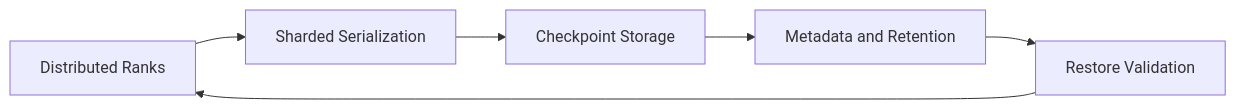
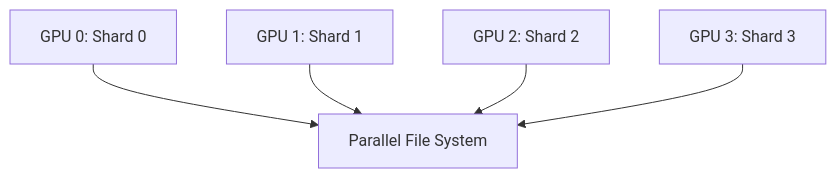
Before and after one commit to jithinpnjm/nvidia-devops: the first of 2 diagrams in docs/nvidia-zero-to-hero/volume-13/chapter-09-checkpointing-and-recovery.md, drawn with Mermaid. The commit also changed other lines of this file and 4 other files, not shown here.

````diff
--- a/docs/nvidia-zero-to-hero/volume-13/chapter-09-checkpointing-and-recovery.md
+++ b/docs/nvidia-zero-to-hero/volume-13/chapter-09-checkpointing-and-recovery.md
@@ -18,10 +33,7 @@
 ```mermaid
-flowchart LR
-    Ranks[Distributed Ranks]
-    Serialize[Sharded Serialization]
-    Storage[Checkpoint Storage]
-    Catalog[Metadata and Retention]
-    Restore[Restore Validation]
-
-    Ranks --> Serialize --> Storage --> Catalog --> Restore --> Ranks
+flowchart TD
+    GPU0[GPU 0: Shard 0] --> Storage[Parallel File System]
+    GPU1[GPU 1: Shard 1] --> Storage
+    GPU2[GPU 2: Shard 2] --> Storage
+    GPU3[GPU 3: Shard 3] --> Storage
 ```
````
